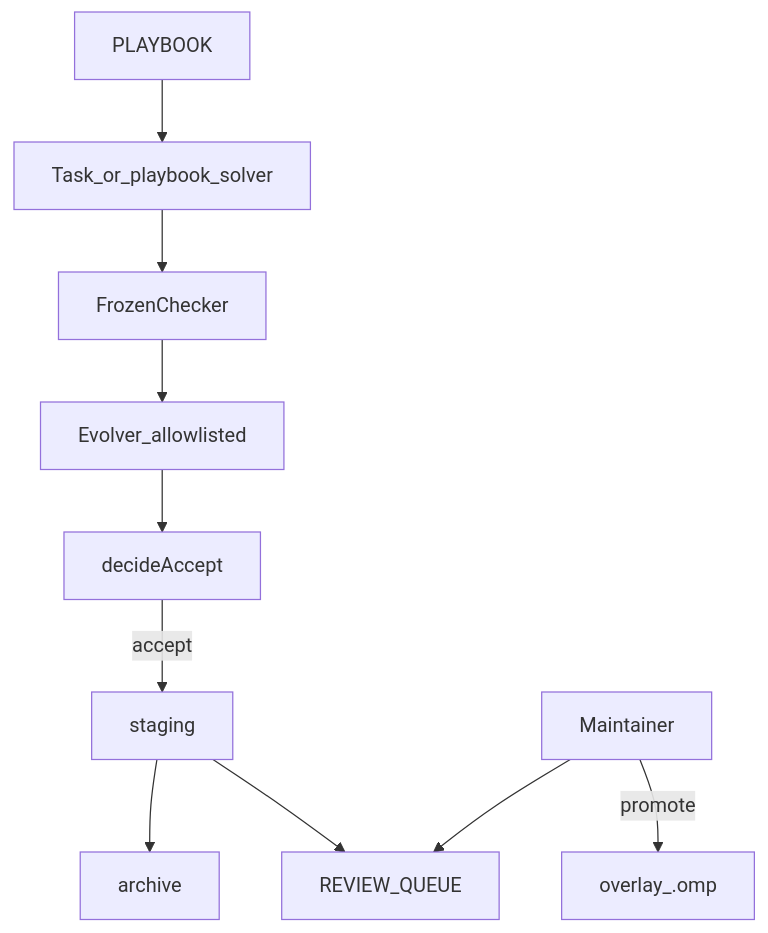
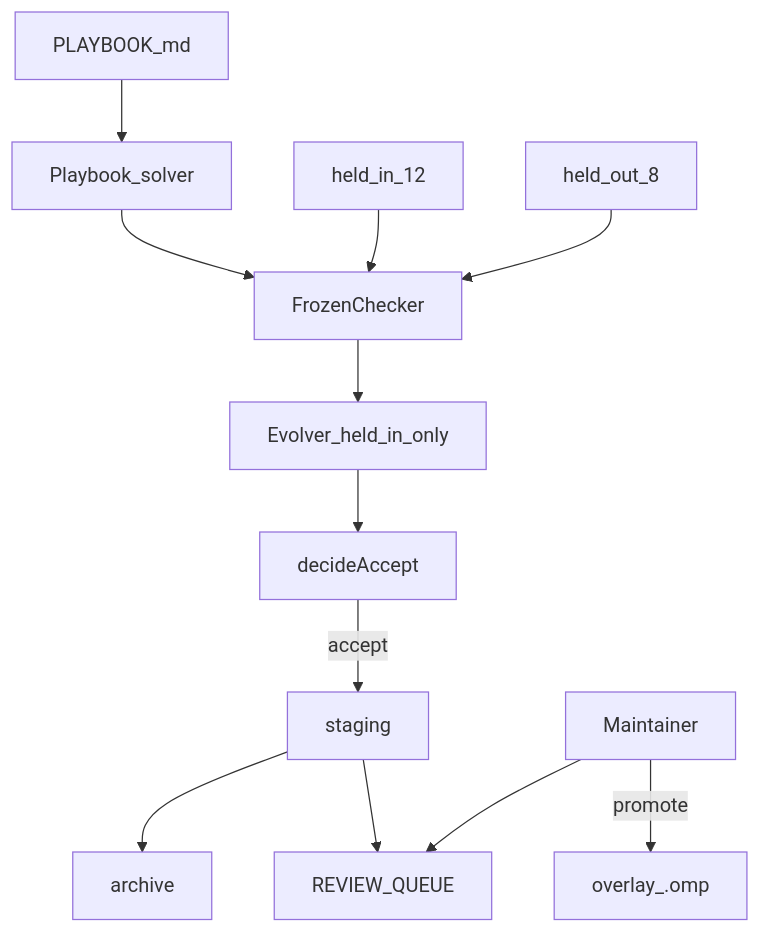
Before and after one commit to Vinayak-RZ/Improveness: the first of 3 diagrams in README.md, drawn with Mermaid. The commit also changed other lines of this file and 1 other file, not shown here.

````diff
--- a/README.md
+++ b/README.md
@@ -92,12 +98,14 @@
 ```mermaid
 flowchart TD
-  task[Task_or_playbook_solver] --> scores[FrozenChecker]
-  playbook[PLAYBOOK] --> task
-  scores --> evolver[Evolver_allowlisted]
+  playbook[PLAYBOOK_md] --> solver[Playbook_solver]
+  solver --> checker[FrozenChecker]
+  heldIn[held_in_12] --> checker
+  heldOut[held_out_8] --> checker
+  checker --> evolver[Evolver_held_in_only]
   evolver --> decide[decideAccept]
   decide -->|accept| staging[staging]
   staging --> archive[archive]
   staging --> queue[REVIEW_QUEUE]
   human[Maintainer] --> queue
   human -->|promote| overlay[overlay_.omp]
 ```
````
